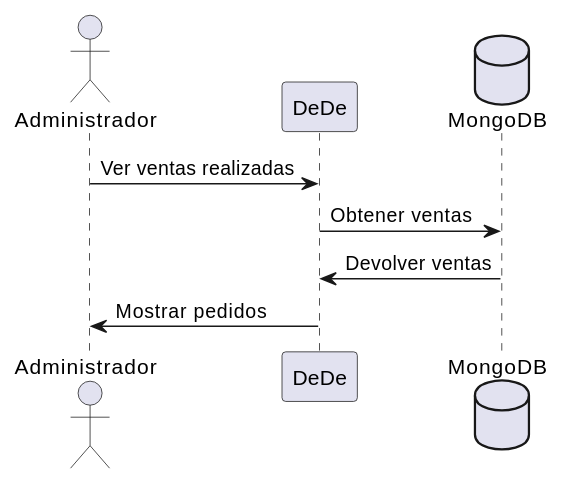
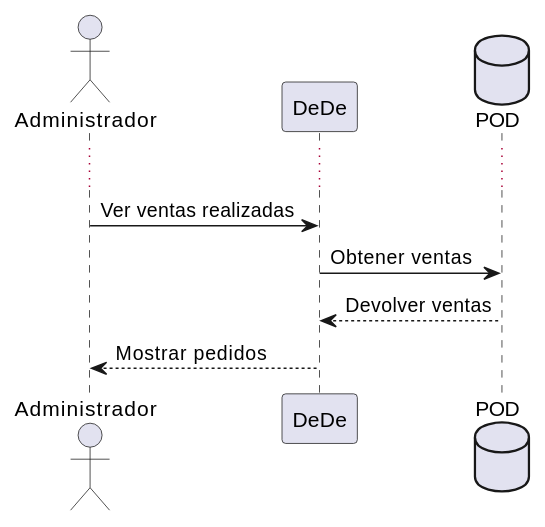
The sixth of 6 diagrams in docs/06_runtime_view.adoc (Arquisoft/Arquisoft-dede_es_02b), drawn with PlantUML before and after one commit. The commit also changed other lines of this file, not shown here.

Commit message:
Actualización de diagramas doc6

```diff
--- a/docs/06_runtime_view.adoc
+++ b/docs/06_runtime_view.adoc
@@ -85,10 +109,14 @@
 [plantuml,"Ver ventas realizadas",png]
 ----
 actor Administrador
 participant "DeDe"
-database "MongoDB"
+database "POD"
+
+skinparam responseMessageBelowArrow true
+...
+
 Administrador -> "DeDe": Ver ventas realizadas
-"DeDe" -> "MongoDB": Obtener ventas
-"MongoDB" -> "DeDe": Devolver ventas
-"DeDe" -> "Administrador": Mostrar pedidos
+"DeDe" -> "POD": Obtener ventas
+"POD" --> "DeDe": Devolver ventas
+"DeDe" --> "Administrador": Mostrar pedidos
 ----
```
